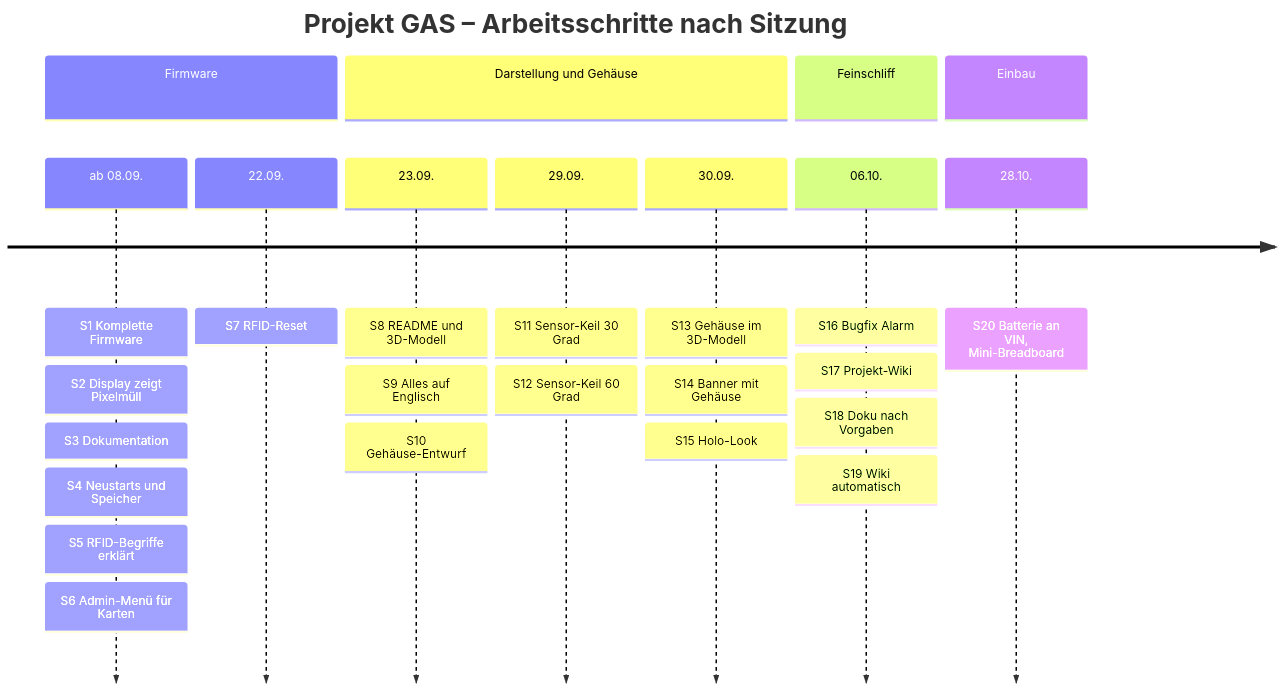
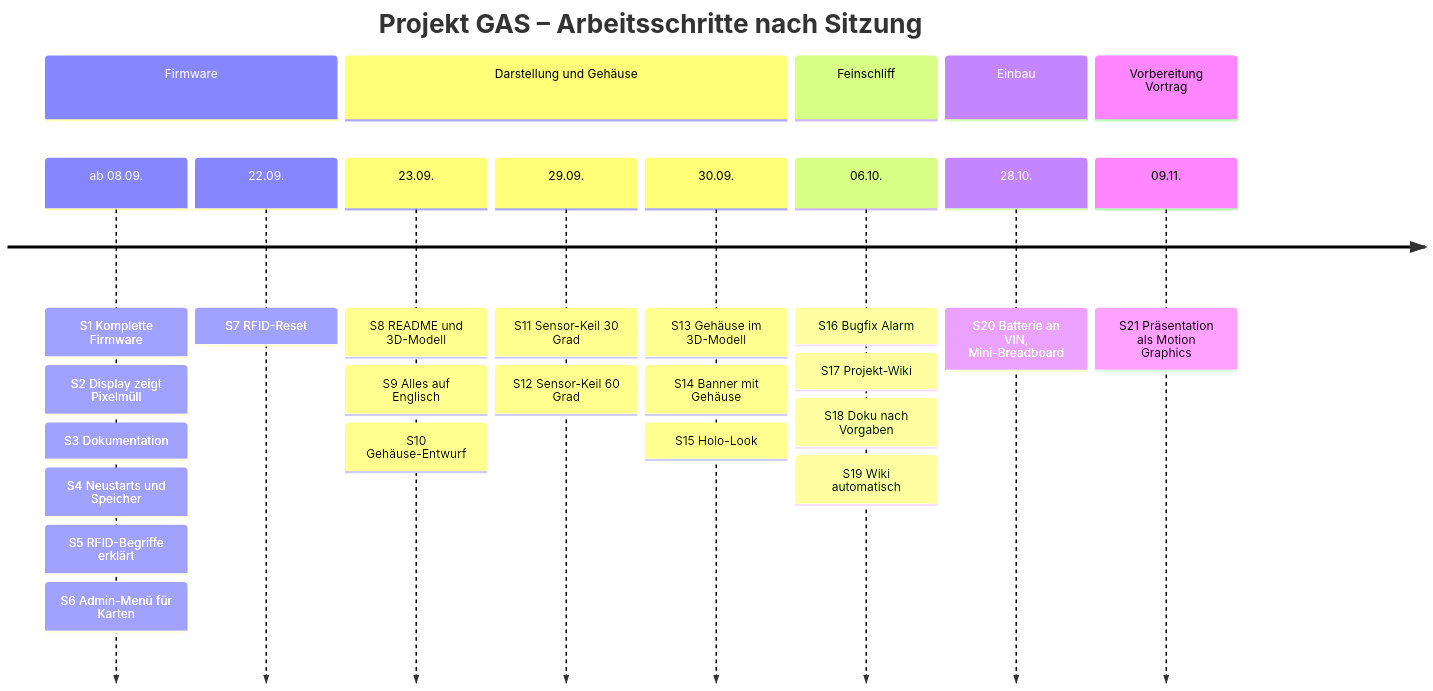
One commit to BBZ-AIFS51/LF7-Projekt_GAS changed the first of 3 diagrams in wiki/Entwicklungsverlauf.md. Above: the diagram before and after it, drawn with Mermaid. The commit also changed other lines of this file and 6 other files, not shown here.

First line of the commit message:
Add a motion-graphics presentation prototype for the class talk

````diff
--- a/wiki/Entwicklungsverlauf.md
+++ b/wiki/Entwicklungsverlauf.md
@@ -25,28 +25,30 @@
 ```mermaid
 timeline
     title Projekt GAS – Arbeitsschritte nach Sitzung
     section Firmware
         ab 08.09. : S1 Komplette Firmware
                   : S2 Display zeigt Pixelmüll
                   : S3 Dokumentation
                   : S4 Neustarts und Speicher
                   : S5 RFID-Begriffe erklärt
                   : S6 Admin-Menü für Karten
         22.09. : S7 RFID-Reset
     section Darstellung und Gehäuse
         23.09. : S8 README und 3D-Modell
                : S9 Alles auf Englisch
                : S10 Gehäuse-Entwurf
         29.09. : S11 Sensor-Keil 30 Grad
                : S12 Sensor-Keil 60 Grad
         30.09. : S13 Gehäuse im 3D-Modell
                : S14 Banner mit Gehäuse
                : S15 Holo-Look
     section Feinschliff
         06.10. : S16 Bugfix Alarm
                : S17 Projekt-Wiki
                : S18 Doku nach Vorgaben
                : S19 Wiki automatisch
     section Einbau
         28.10. : S20 Batterie an VIN, Mini-Breadboard
+    section Vorbereitung Vortrag
+        09.11. : S21 Präsentation als Motion Graphics
 ```
````
